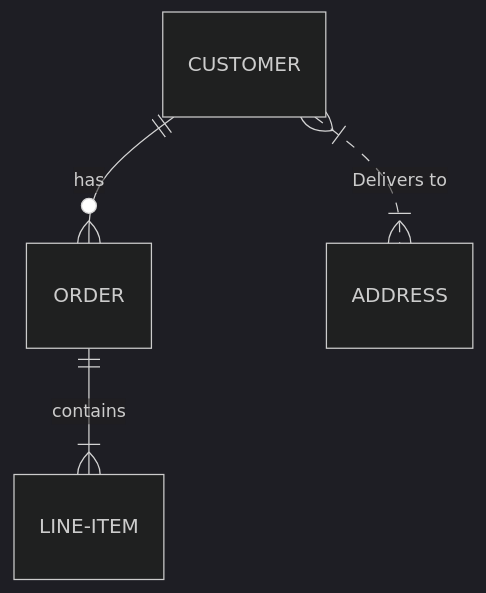
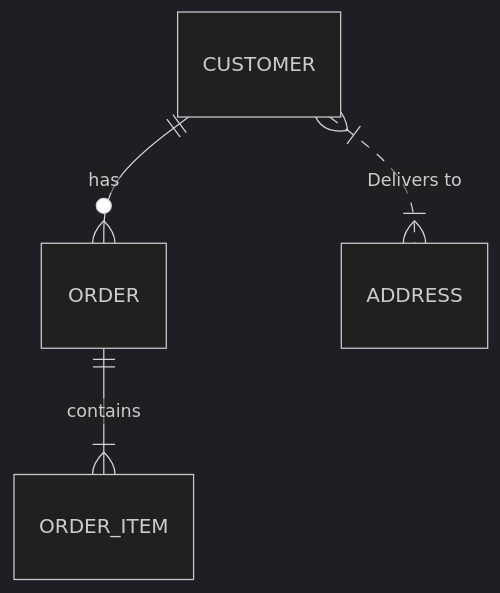
One commit to MasaruFukazawa/designdocs-sample.fukazawasoftwaredevelopment.com changed the third of 8 diagrams in docs/design/source/mermaid-sample.rst. Above: the diagram before and after it, drawn with Mermaid (dark theme). The commit also changed other lines of this file and 8 other files, not shown here.

First line of the commit message:
feat: Mermaidルール統一とサンプルダイアグラム修正

```diff
--- a/docs/design/source/mermaid-sample.rst
+++ b/docs/design/source/mermaid-sample.rst
@@ -43,6 +43,6 @@
 .. mermaid::
 
     erDiagram
         CUSTOMER ||--o{ ORDER : has
-        ORDER ||--|{ LINE-ITEM : contains
+        ORDER ||--|{ ORDER_ITEM : contains
         CUSTOMER }|..|{ ADDRESS : "Delivers to"
```
